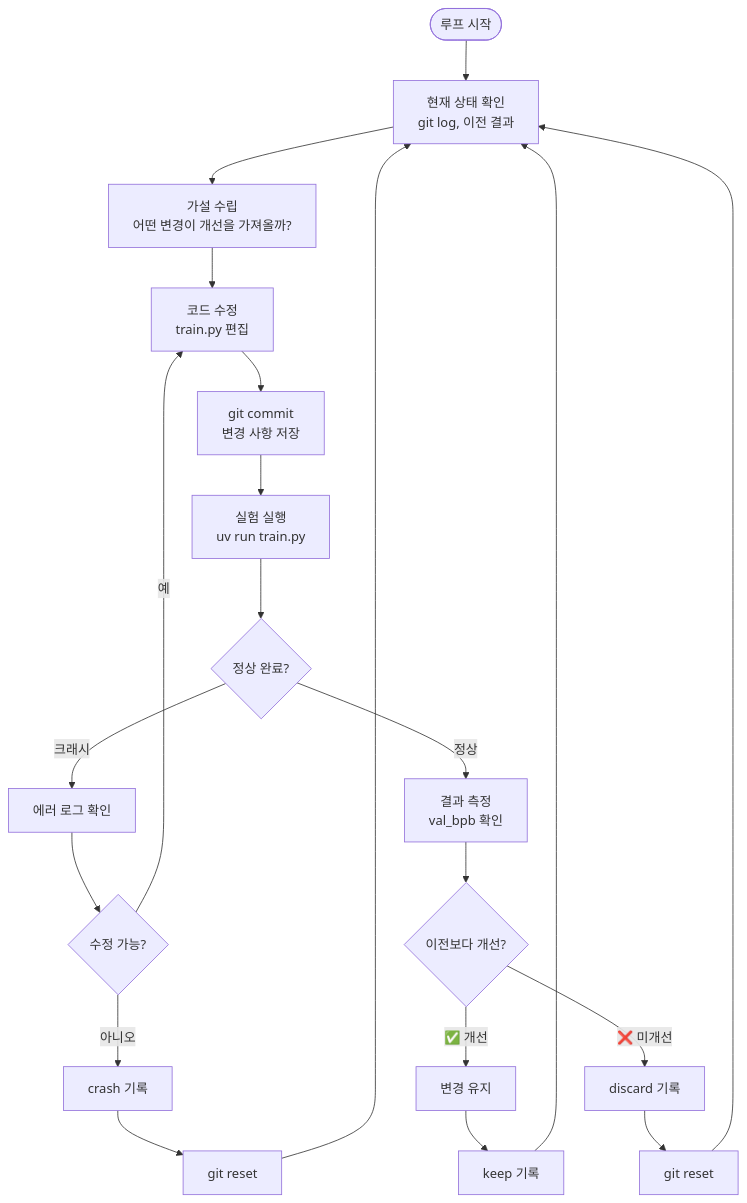
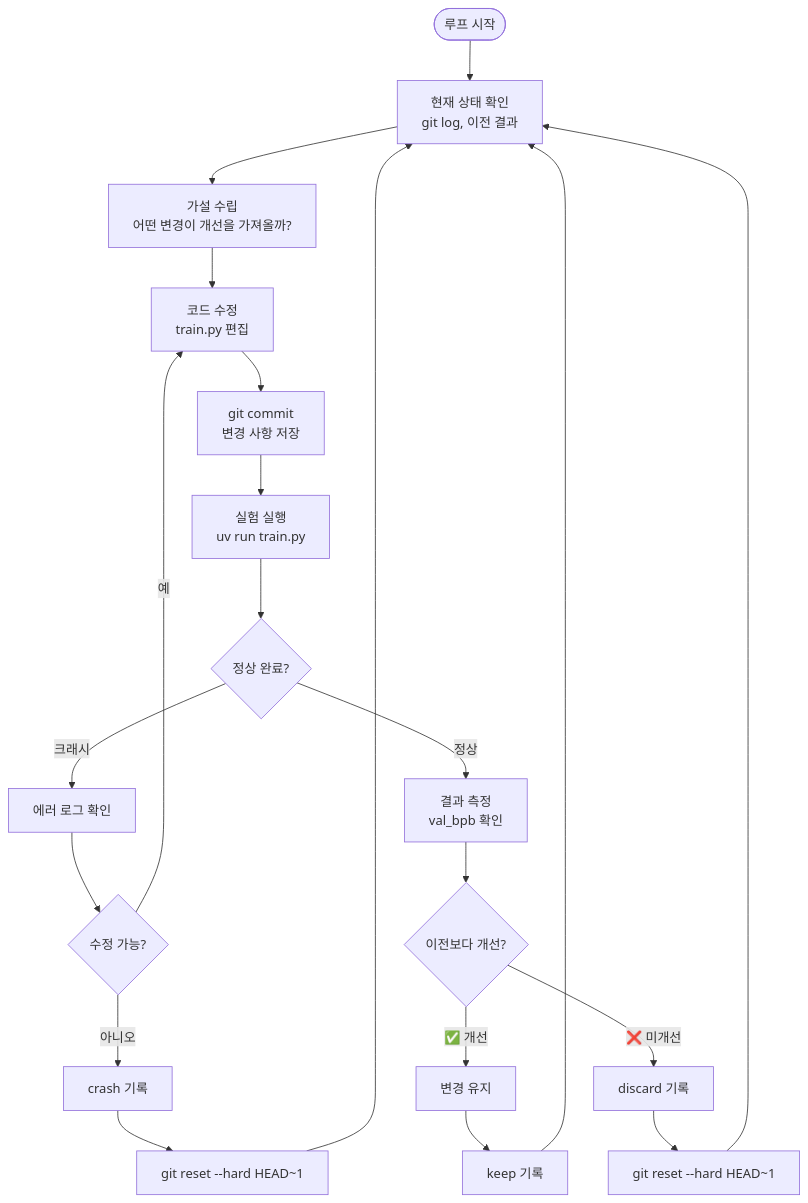
One commit to kimchanhyung98/agentic-workflows changed the third of 3 diagrams in docs/auto-improve/01-auto-improve-loop.md. Above: the diagram before and after it, drawn with Mermaid. The commit also changed other lines of this file, not shown here.

First line of the commit message:
fix(docs): correct Mermaid syntax and content accuracy in auto-improve docs

````diff
--- a/docs/auto-improve/01-auto-improve-loop.md
+++ b/docs/auto-improve/01-auto-improve-loop.md
@@ -90,26 +90,26 @@
 ```mermaid
 flowchart TD
-    Start([루프 시작]) --> ReadState[현재 상태 확인<br/>git log, 이전 결과]
-    ReadState --> Hypothesis[가설 수립<br/>어떤 변경이 개선을 가져올까?]
-    Hypothesis --> Modify[코드 수정<br/>train.py 편집]
-    Modify --> Commit[git commit<br/>변경 사항 저장]
-    Commit --> Run[실험 실행<br/>uv run train.py]
-    Run --> Check{정상 완료?}
+    Start([루프 시작]) --> ReadState["현재 상태 확인<br/>git log, 이전 결과"]
+    ReadState --> Hypothesis["가설 수립<br/>어떤 변경이 개선을 가져올까?"]
+    Hypothesis --> Modify["코드 수정<br/>train.py 편집"]
+    Modify --> Commit["git commit<br/>변경 사항 저장"]
+    Commit --> Run["실험 실행<br/>uv run train.py"]
+    Run --> Check{"정상 완료?"}
 
     Check -->|크래시| CrashLog[에러 로그 확인]
-    CrashLog --> CanFix{수정 가능?}
+    CrashLog --> CanFix{"수정 가능?"}
     CanFix -->|예| Modify
     CanFix -->|아니오| LogCrash[crash 기록]
-    LogCrash --> Reset1[git reset]
+    LogCrash --> Reset1["git reset --hard HEAD~1"]
     Reset1 --> ReadState
 
-    Check -->|정상| Measure[결과 측정<br/>val_bpb 확인]
-    Measure --> Compare{이전보다 개선?}
+    Check -->|정상| Measure["결과 측정<br/>val_bpb 확인"]
+    Measure --> Compare{"이전보다 개선?"}
     Compare -->|✅ 개선| Keep[변경 유지]
     Keep --> LogKeep[keep 기록]
     LogKeep --> ReadState
 
     Compare -->|❌ 미개선| LogDiscard[discard 기록]
-    LogDiscard --> Reset2[git reset]
+    LogDiscard --> Reset2["git reset --hard HEAD~1"]
     Reset2 --> ReadState
 ```
````
